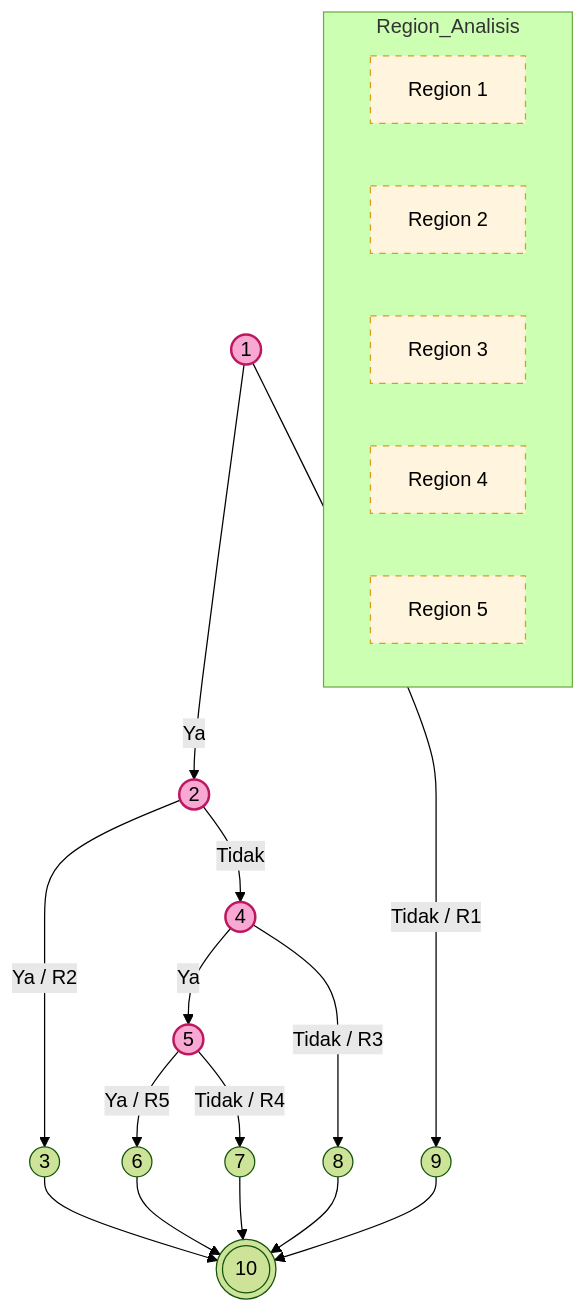
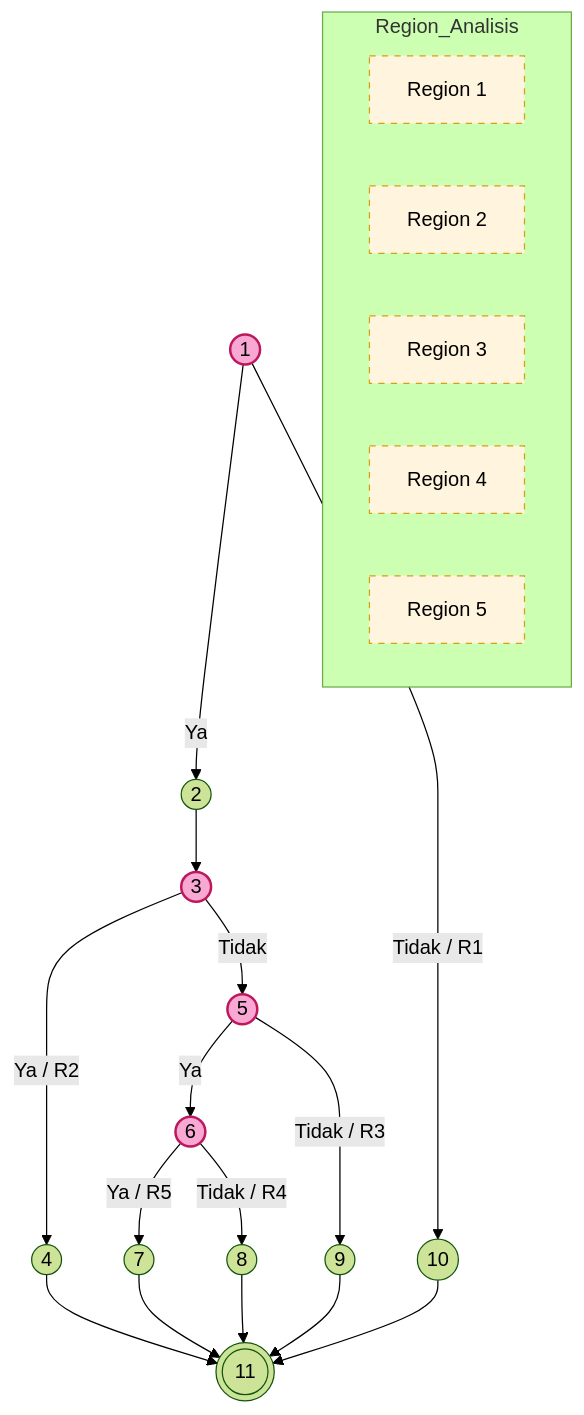
One commit to arbain-dev/Web_fikom changed the second of 6 diagrams in docs/07_PENGUJIAN_WHITE_BOX.md. Above: the diagram before and after it, drawn with Mermaid (forest theme). The commit also changed other lines of this file, not shown here.

Commit message:
docs: menambahkan node input pada flowchart pengujian white box

````diff
--- a/docs/07_PENGUJIAN_WHITE_BOX.md
+++ b/docs/07_PENGUJIAN_WHITE_BOX.md
@@ -50,23 +52,24 @@
 ```mermaid
 graph TD
     classDef predicate fill:#f9a8d4,stroke:#be185d,stroke-width:2px;
     classDef region fill:#fff4dd,stroke:#d4a017,stroke-dasharray: 5 5;
 
-    1((1)):::predicate -->|Ya| 2((2)):::predicate
-    1 -->|Tidak / R1| 9((9))
-    2 -->|Ya / R2| 3((3))
-    2 -->|Tidak| 4((4)):::predicate
-    4 -->|Ya| 5((5)):::predicate
-    4 -->|Tidak / R3| 8((8))
-    5 -->|Ya / R5| 6((6))
-    5 -->|Tidak / R4| 7((7))
-    3 & 6 & 7 & 8 & 9 --> 10(((10)))
+    1((1)):::predicate -->|Ya| 2((2))
+    1 -->|Tidak / R1| 10((10))
+    2 --> 3((3)):::predicate
+    3 -->|Ya / R2| 4((4))
+    3 -->|Tidak| 5((5)):::predicate
+    5 -->|Ya| 6((6)):::predicate
+    5 -->|Tidak / R3| 9((9))
+    6 -->|Ya / R5| 7((7))
+    6 -->|Tidak / R4| 8((8))
+    4 & 7 & 8 & 9 & 10 --> 11(((11)))
 
     subgraph Region_Analisis
         R1[Region 1]:::region
         R2[Region 2]:::region
         R3[Region 3]:::region
         R4[Region 4]:::region
         R5[Region 5]:::region
     end
 ```
````
